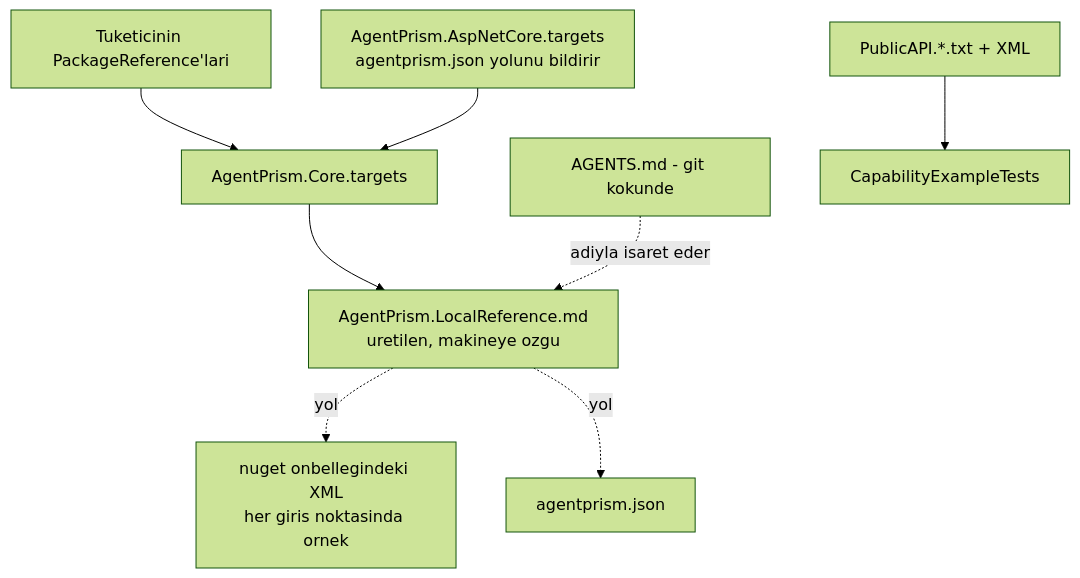
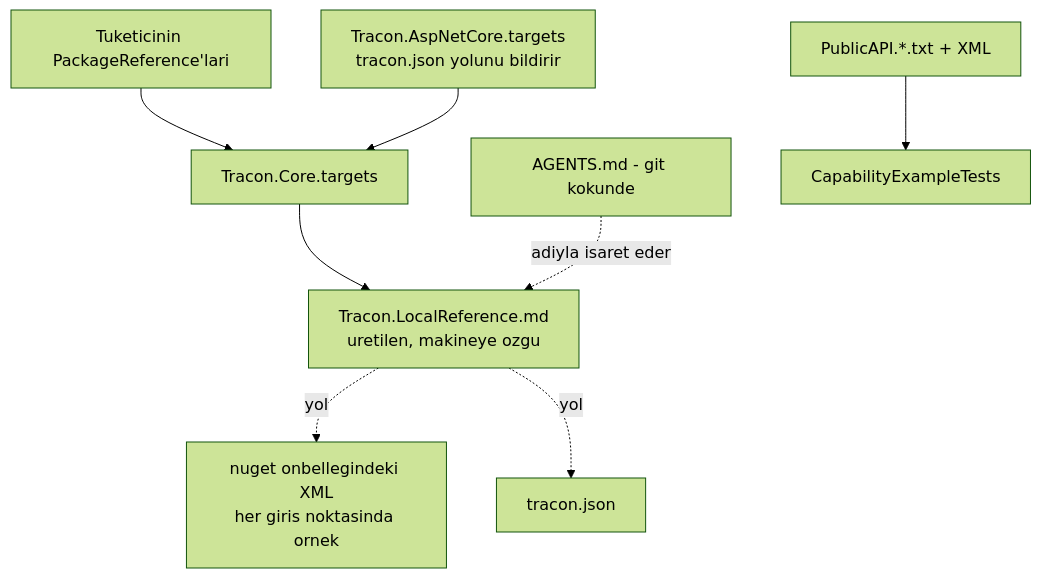
The diagram in docs/manuel-test/30-YEREL-REFERANS.md (farukatasoy/Tracon), drawn with Mermaid (forest theme) before and after one commit. The commit also changed other lines of this file and 4535 other files, not shown here.

````diff
--- a/docs/manuel-test/30-YEREL-REFERANS.md
+++ b/docs/manuel-test/30-YEREL-REFERANS.md
@@ -25,10 +25,10 @@
 ```mermaid
 flowchart TD
-    REF["Tuketicinin PackageReference'lari"] --> TGT["AgentPrism.Core.targets"]
-    ASP["AgentPrism.AspNetCore.targets<br/>agentprism.json yolunu bildirir"] --> TGT
-    TGT --> LR["AgentPrism.LocalReference.md<br/>uretilen, makineye ozgu"]
+    REF["Tuketicinin PackageReference'lari"] --> TGT["Tracon.Core.targets"]
+    ASP["Tracon.AspNetCore.targets<br/>tracon.json yolunu bildirir"] --> TGT
+    TGT --> LR["Tracon.LocalReference.md<br/>uretilen, makineye ozgu"]
     LR -.->|"yol"| XML["nuget onbellegindeki XML<br/>her giris noktasinda ornek"]
-    LR -.->|"yol"| OAS["agentprism.json"]
+    LR -.->|"yol"| OAS["tracon.json"]
     MAP["AGENTS.md - git kokunde"] -.->|"adiyla isaret eder"| LR
     API["PublicAPI.*.txt + XML"] --> GATE["CapabilityExampleTests"]
 ```
````
